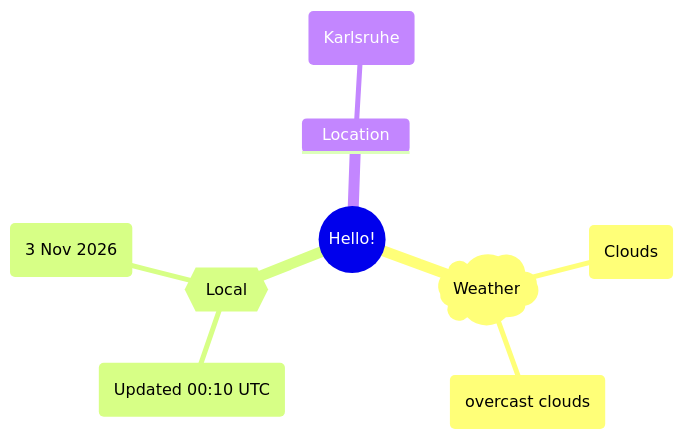
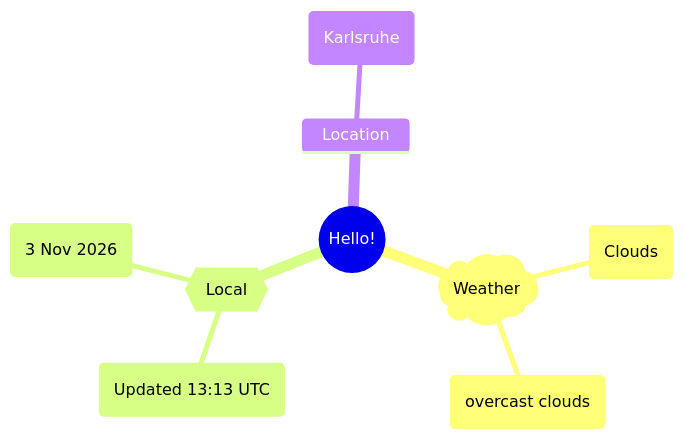
One commit to Xosrov/Xosrov changed the first of 2 diagrams in README.md. Above: the diagram before and after it, drawn with Mermaid.

Commit message:
[bot] updated images

````diff
--- a/README.md
+++ b/README.md
@@ -3,12 +3,12 @@
 ```mermaid
 mindmap
   root((Hello!))
     )Weather(
         (Clouds)
         (overcast clouds)
     {{Local}}
-        (Updated 00:10 UTC)
+        (Updated 13:13 UTC)
         (3 Nov 2026)
     Location
         (Karlsruhe)
 ```
````
